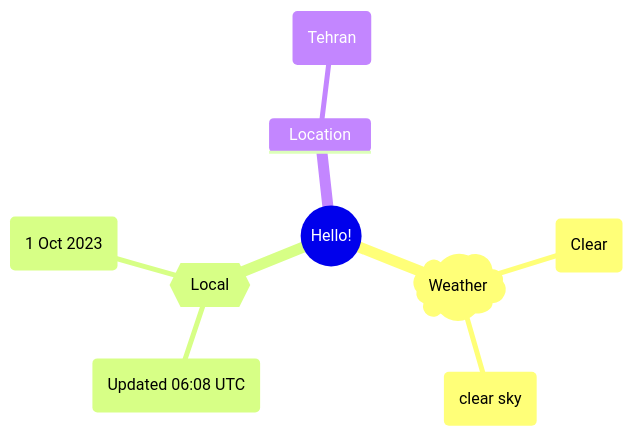
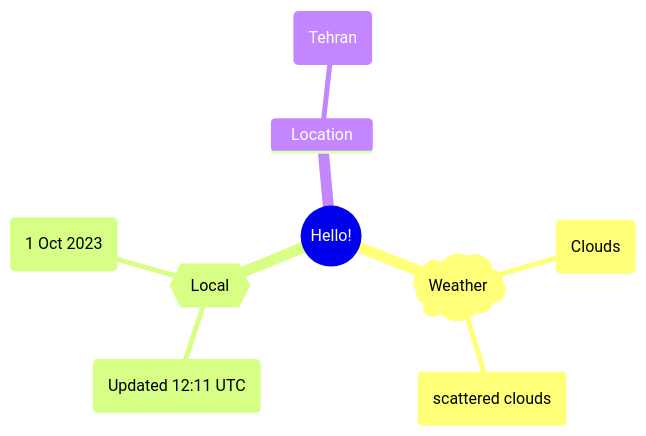
Before and after one commit to Xosrov/Xosrov: the first of 2 diagrams in README.md, drawn with Mermaid.

Commit message:
[bot] updated images

````diff
--- a/README.md
+++ b/README.md
@@ -3,12 +3,12 @@
 ```mermaid
 mindmap
   root((Hello!))
     )Weather(
-        (Clear)
-        (clear sky)
+        (Clouds)
+        (scattered clouds)
     {{Local}}
-        (Updated 06:08 UTC)
+        (Updated 12:11 UTC)
         (1 Oct 2023)
     Location
         (Tehran)
 ```
````
